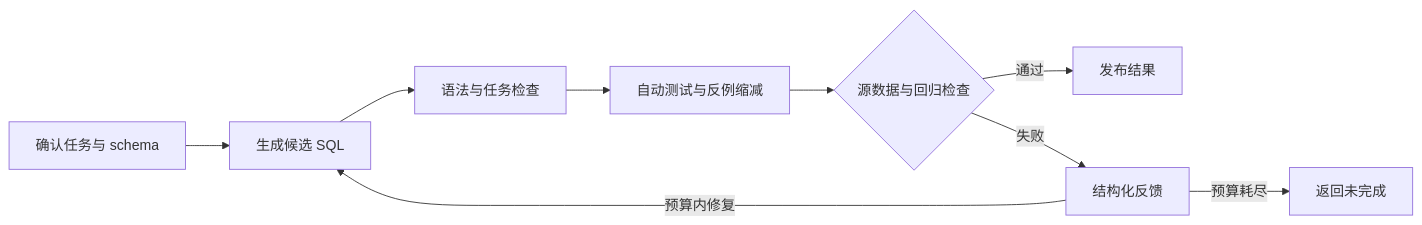
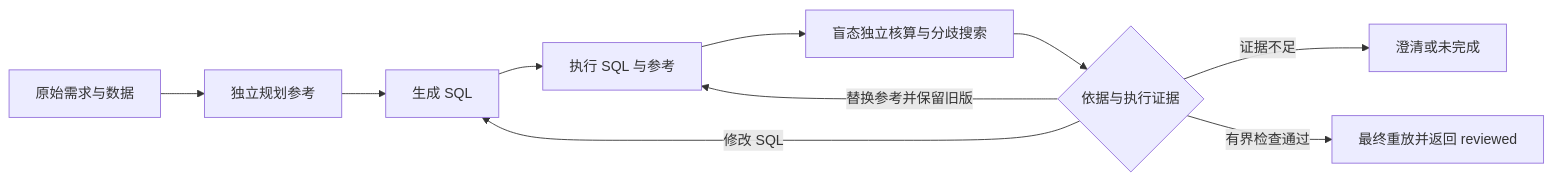
One commit to repeatant/task-verified-data-agent changed the diagram in docs/ARCHITECTURE.md. Above: the diagram before and after it, drawn with Mermaid. The commit also changed other lines of this file and 83 other files, not shown here.

````diff
--- a/docs/ARCHITECTURE.md
+++ b/docs/ARCHITECTURE.md
@@ -7,11 +10,12 @@
 ```mermaid
 flowchart LR
-    A[确认任务与 schema] --> B[生成候选 SQL]
-    B --> C[语法与任务检查]
-    C --> D[自动测试与反例缩减]
-    D --> E{源数据与回归检查}
-    E -->|通过| F[发布结果]
-    E -->|失败| G[结构化反馈]
-    G -->|预算内修复| B
-    G -->|预算耗尽| H[返回未完成]
+    T[原始需求与数据] --> P[独立规划参考]
+    P --> W[生成 SQL]
+    W --> E[执行 SQL 与参考]
+    E --> A[盲态独立核算与分歧搜索]
+    A --> D{依据与执行证据}
+    D -->|修改 SQL| W
+    D -->|替换参考并保留旧版| E
+    D -->|证据不足| C[澄清或未完成]
+    D -->|有界检查通过| R[最终重放并返回 reviewed]
 ```
````
